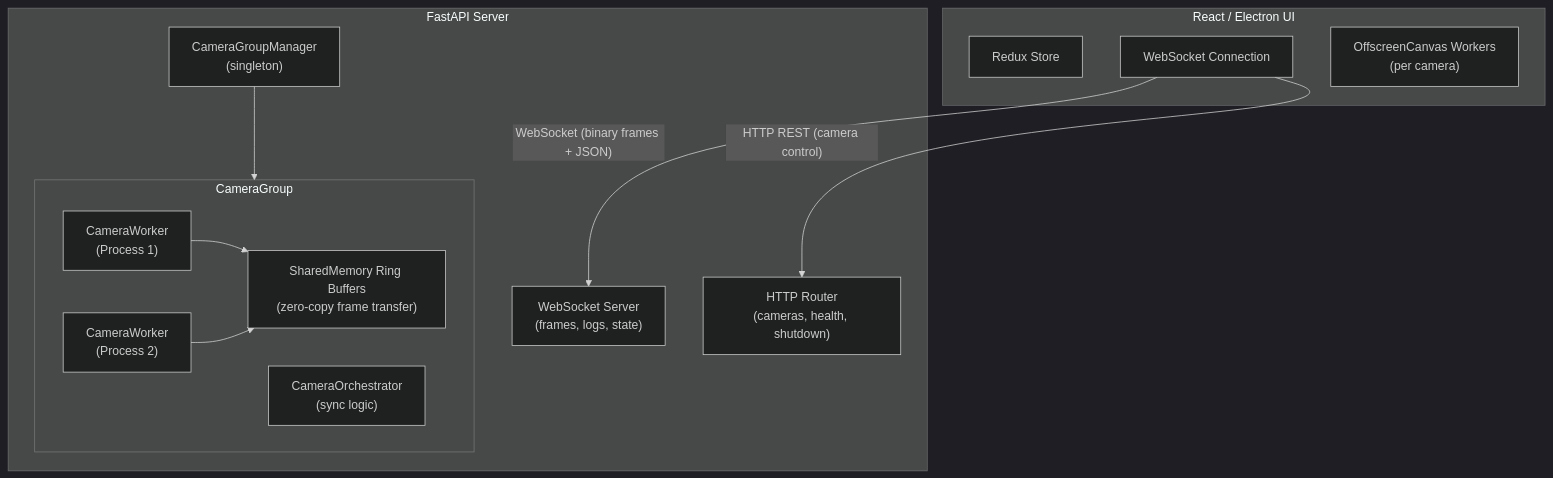
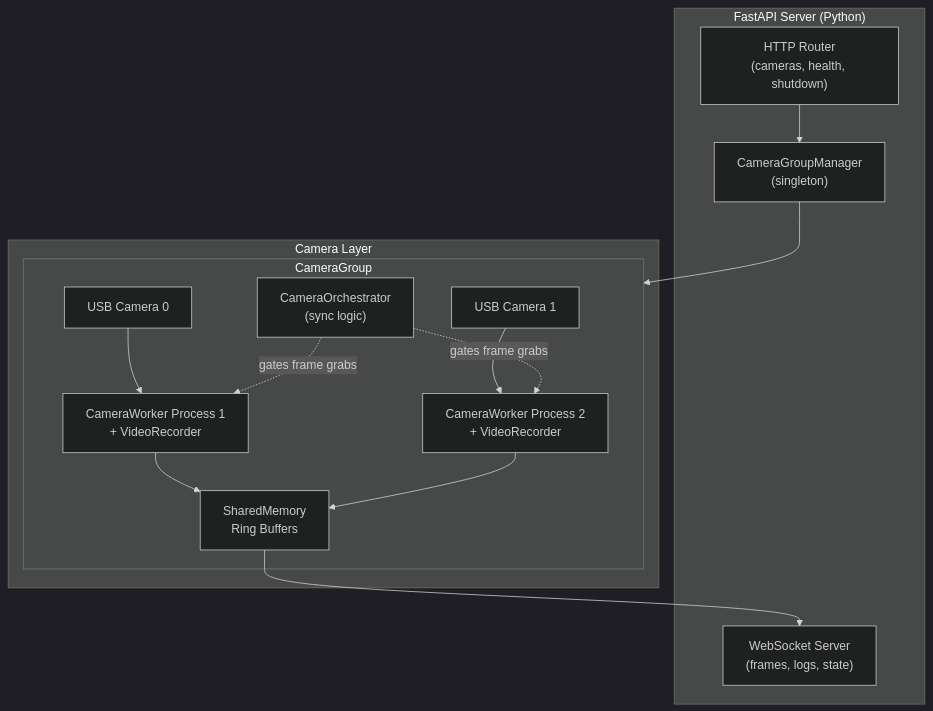
The second of 3 diagrams in skellycam-docs/docs/technical/architecture.mdx (freemocap/skellycam), drawn with Mermaid (dark theme) before and after one commit. The commit also changed other lines of this file and 17 other files, not shown here.

````diff
--- a/skellycam-docs/docs/technical/architecture.mdx
+++ b/skellycam-docs/docs/technical/architecture.mdx
@@ -19,28 +52,27 @@
 ```mermaid
 graph TB
-    subgraph UI ["React / Electron UI"]
-        Redux["Redux Store"]
-        WS_Client["WebSocket Connection"]
-        Canvas["OffscreenCanvas Workers<br/>(per camera)"]
+    subgraph Server ["FastAPI Server (Python)"]
+        HTTP["HTTP Router\n(cameras, health, shutdown)"]
+        WS_Server["WebSocket Server\n(frames, logs, state)"]
+        CGM["CameraGroupManager\n(singleton)"]
+        HTTP --> CGM
     end
 
-    WS_Client -- "WebSocket (binary frames + JSON)" --> WS_Server
-    WS_Client -- "HTTP REST (camera control)" --> HTTP
-
-    subgraph Server ["FastAPI Server"]
-        HTTP["HTTP Router<br/>(cameras, health, shutdown)"]
-        WS_Server["WebSocket Server<br/>(frames, logs, state)"]
-        CGM["CameraGroupManager<br/>(singleton)"]
-
+    subgraph Cameras ["Camera Layer"]
         subgraph CG ["CameraGroup"]
-            CW1["CameraWorker<br/>(Process 1)"]
-            CW2["CameraWorker<br/>(Process 2)"]
-            Orch["CameraOrchestrator<br/>(sync logic)"]
-            SHM["SharedMemory Ring Buffers<br/>(zero-copy frame transfer)"]
+            Orch["CameraOrchestrator\n(sync logic)"]
+            CW1["CameraWorker Process 1\n+ VideoRecorder"]
+            CW2["CameraWorker Process 2\n+ VideoRecorder"]
+            SHM["SharedMemory\nRing Buffers"]
+            USB1["USB Camera 0"] --> CW1
+            USB2["USB Camera 1"] --> CW2
             CW1 --> SHM
             CW2 --> SHM
+            Orch -. "gates frame grabs" .-> CW1
+            Orch -. "gates frame grabs" .-> CW2
         end
-
         CGM --> CG
     end
+
+    SHM --> WS_Server
 ```
````
